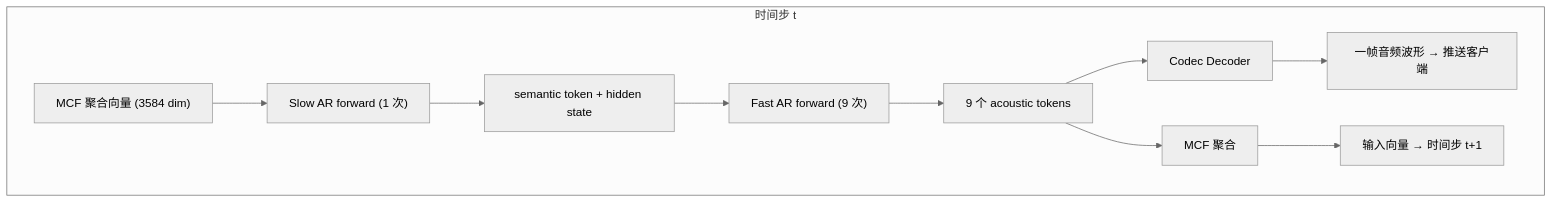
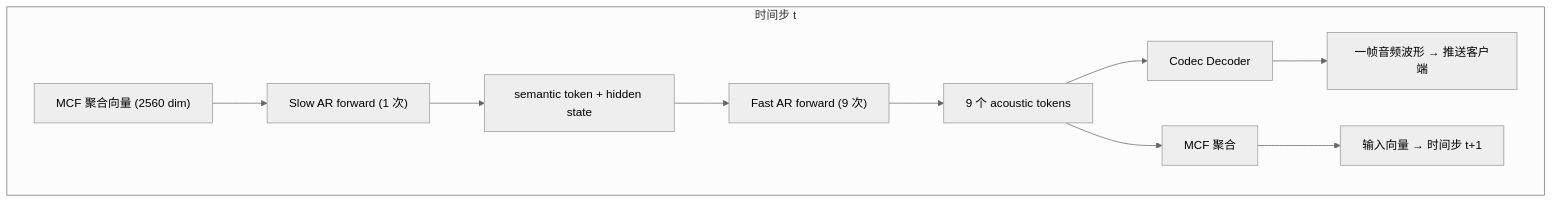
One commit to zhaochenyang20/Awesome-ML-SYS-Tutorial changed the second of 2 diagrams in transformers/omni/readme.md. Above: the diagram before and after it, drawn with Mermaid (neutral theme). The commit also changed other lines of this file and 3 other files, not shown here.

````diff
--- a/transformers/omni/readme.md
+++ b/transformers/omni/readme.md
@@ -120,13 +120,13 @@
 ```mermaid
 graph TD
     subgraph "时间步 t"
-        A["MCF 聚合向量 (3584 dim)"] --> B["Slow AR forward (1 次)"]
+        A["MCF 聚合向量 (2560 dim)"] --> B["Slow AR forward (1 次)"]
         B --> C["semantic token + hidden state"]
         C --> D["Fast AR forward (9 次)"]
         D --> E["9 个 acoustic tokens"]
         E --> F["Codec Decoder"]
         E --> G["MCF 聚合"]
         F --> H["一帧音频波形 → 推送客户端"]
         G --> I["输入向量 → 时间步 t+1"]
     end
 ```
````
